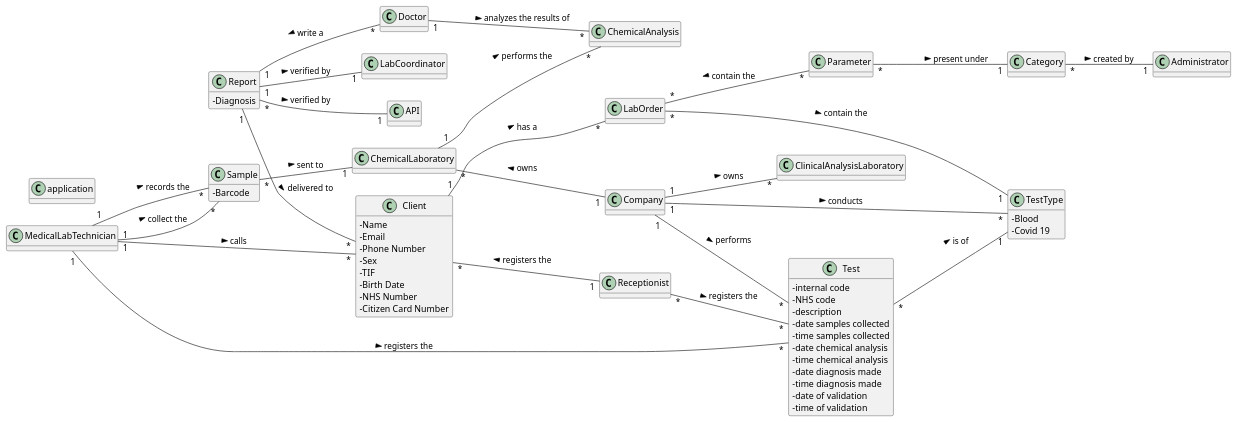
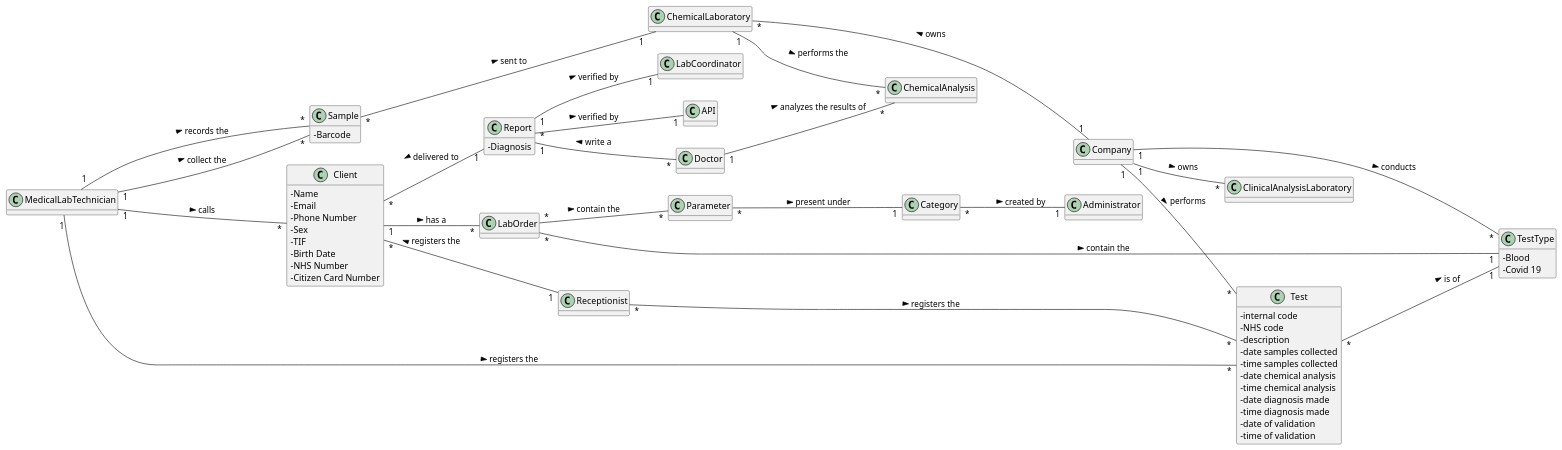
The diagram in docs/SprintA/Artifacts/DM.puml (manu-07-ela/LAPR2_ISEP), drawn with PlantUML before and after one commit.

Commit message:
DM Update

```diff
--- a/docs/SprintA/Artifacts/DM.puml
+++ b/docs/SprintA/Artifacts/DM.puml
@@ -1,124 +1,121 @@
 @startuml
 'https://plantuml.com/class-diagram
 
 hide methods
 left to right direction
 skinparam classAttributeIconSize 0
+
+class Company {
+
+}
 
 class Receptionist {
 
 }
 
 class Client {
  - Name
  - Email
  - Phone Number
  - Sex
  - TIF
  - Birth Date
  - NHS Number
  - Citizen Card Number
 
 }
 
 class Doctor {
 
 }
 
 class Administrator{
 
 }
 class LabCoordinator{
 }
 
 
 class LabOrder {
 
 }
 
 class Category {
 
 }
 
 class TestType {
 - Blood
 - Covid 19
 }
 
 class Sample {
 - Barcode
 }
 
+class ChemicalLaboratory{
+
+}
+
 class Report {
 -Diagnosis
 
 }
 
 class Test {
 - internal code
 - NHS code
 - description
 - date samples collected
 - time samples collected
 - date chemical analysis
 - time chemical analysis
 - date diagnosis made
 - time diagnosis made
 - date of validation
 - time of validation
 }
 class Parameter {
 
 
 }
 
-class Company {
-
-}
-
-class ChemicalLaboratory{
-
-}
 
 class MedicalLabTechnician {
 
 }
 
 class ChemicalAnalysis {
 
 }
 
 class ClinicalAnalysisLaboratory{
 
 }
 
-class application{
-
-}
+ChemicalLaboratory "*" --- "1" Company: owns <
+Company "1" -- "*" ClinicalAnalysisLaboratory: owns >
+Company "1" -- "*" Test: performs >
+Company "1" -- "*" TestType: conducts >
+Test "*" --- "1" TestType: is of >
+Receptionist "*" -- "*" Test: registers the >
+LabOrder "*" ------ "1" TestType: contain the >
+MedicalLabTechnician "1" -- "*" Test: registers the >
+Client "1" -- "*" LabOrder: has a >
+LabOrder "*" -- "*" Parameter: contain the >
+Client "*" -- "1" Receptionist: registers the <
+MedicalLabTechnician "1" --- "*" Client: calls >
+Client "*" -- "1" Report: delivered to <
+Report "1" -- "*" Doctor: write a <
+Report "*" -- "1" API: verified by >
+Report "1" -- "1" LabCoordinator : verified by >
+Parameter "*" -- "1" Category: present under >
+Category "*" -- "1" Administrator: created by >
+Doctor "1" -- "*" ChemicalAnalysis: analyzes the results of >
+ChemicalLaboratory "1" -- "*" ChemicalAnalysis: performs the >
+MedicalLabTechnician "1" -- "*" Sample: records the >
+MedicalLabTechnician "1" ---- "*" Sample: collect the >
+Sample "*" --- "1" ChemicalLaboratory: sent to >
 
 
-Client "*" -- "1" Receptionist: registers the <
-LabOrder "*" -- "1" TestType: contain the >
-Client "1" -- "*" LabOrder: has a >
-Report "1" -- "*" Doctor: write a <
-Receptionist "*" -- "*" Test: registers the >
-Test "*" -- "1" TestType: is of >
-Parameter "*" -- "1" Category: present under >
-Category "*" -- "1" Administrator: created by >
-Company "1" -- "*" Test: performs >
-Sample "*" -- "1" ChemicalLaboratory: sent to >
-Company "1" -- "*" TestType: conducts >
-MedicalLabTechnician "1" -- "*" Client: calls >
-ChemicalLaboratory "1" -- "*" ChemicalAnalysis: performs the >
-MedicalLabTechnician "1" -- "*" Sample: records the >
-Company "1" -- "*" ClinicalAnalysisLaboratory: owns >
-ChemicalLaboratory "*" -- "1" Company: owns <
-LabOrder "*" -- "*" Parameter: contain the <
-MedicalLabTechnician "1" -- "*" Test: registers the >
-MedicalLabTechnician "1" -- "*" Sample: collect the >
-Doctor "1" -- "*" ChemicalAnalysis: analyzes the results of >
-Report "1" -- "*" Client: delivered to >
-Report "*" -- "1" API: verified by >
-Report "1" -- "1" LabCoordinator : verified by >
-
 @enduml
```
